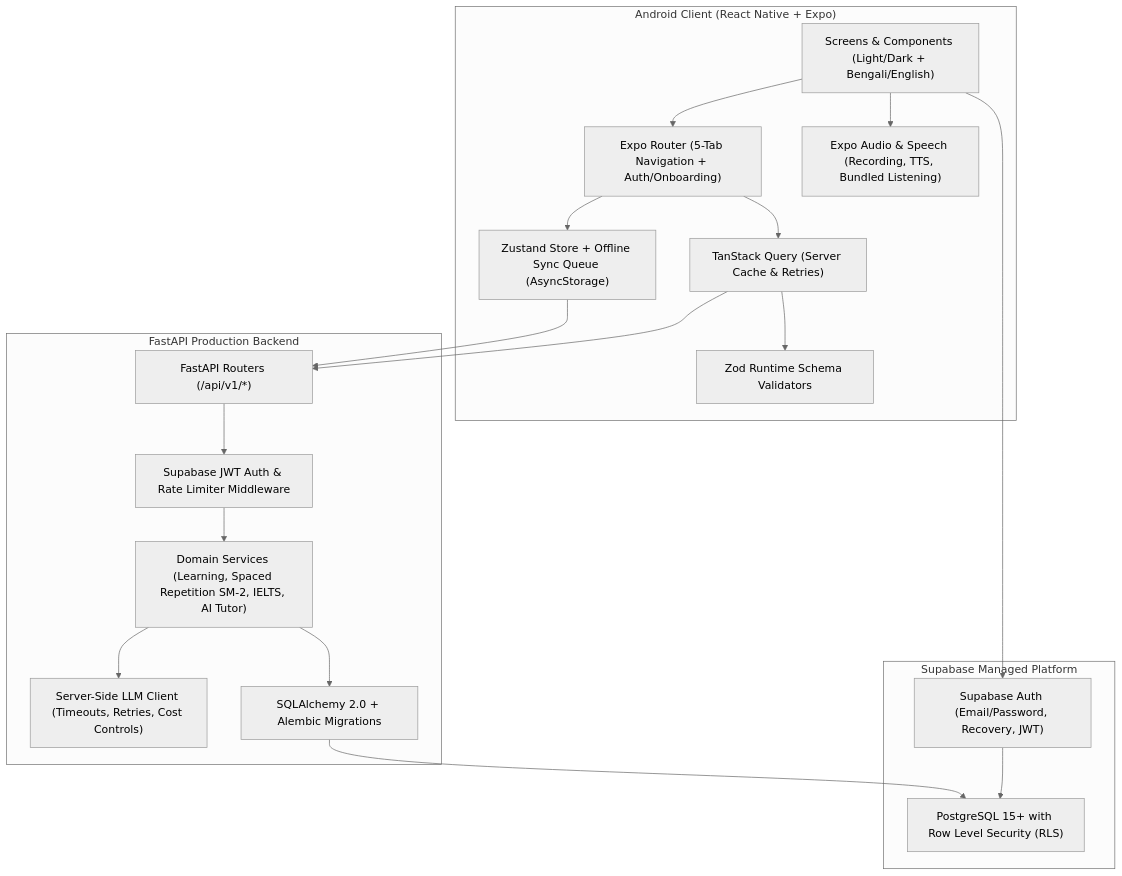
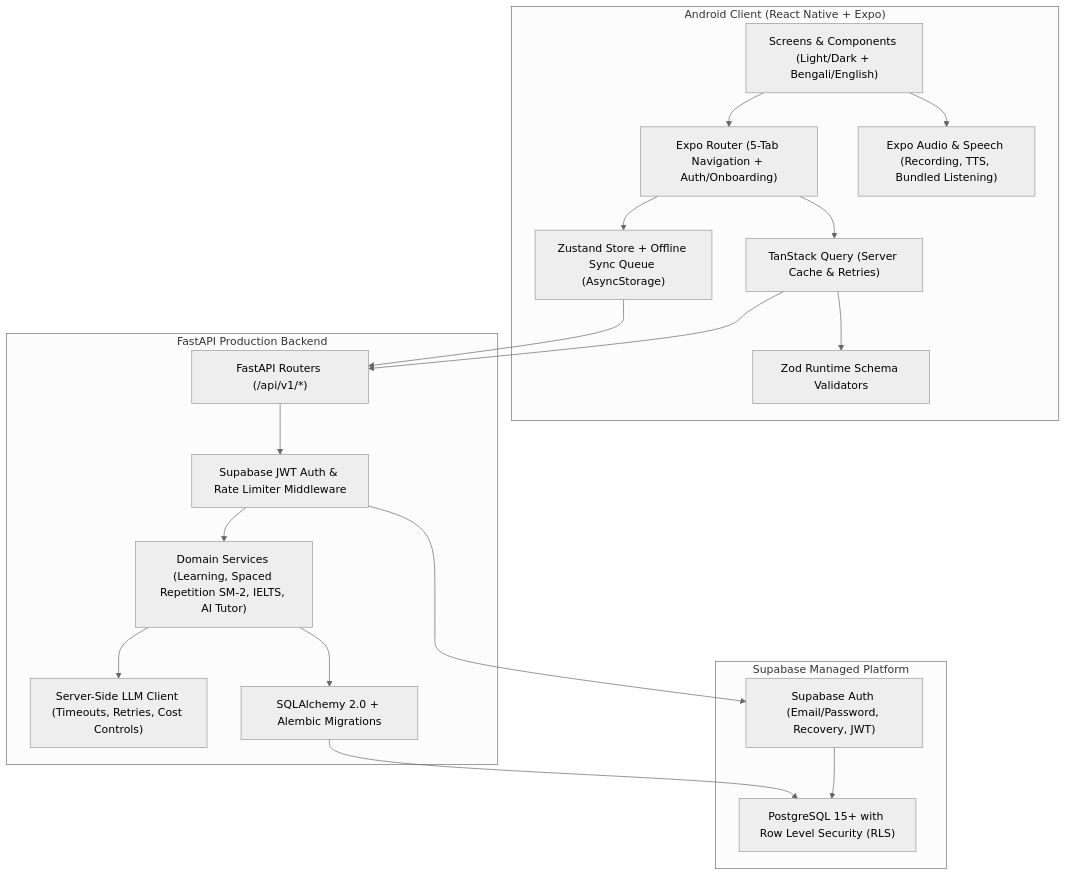
Before and after one commit to roybipro/fluentup: the first of 2 diagrams in docs/ARCHITECTURE.md, drawn with Mermaid (neutral theme). The commit also changed other lines of this file and 16 other files, not shown here.

````diff
--- a/docs/ARCHITECTURE.md
+++ b/docs/ARCHITECTURE.md
@@ -11,39 +11,39 @@
 ```mermaid
 flowchart TD
     subgraph Android["Android Client (React Native + Expo)"]
         UI["Screens & Components (Light/Dark + Bengali/English)"]
         Router["Expo Router (5-Tab Navigation + Auth/Onboarding)"]
         State["Zustand Store + Offline Sync Queue (AsyncStorage)"]
         Query["TanStack Query (Server Cache & Retries)"]
         Audio["Expo Audio & Speech (Recording, TTS, Bundled Listening)"]
         ZodClient["Zod Runtime Schema Validators"]
     end
 
     subgraph Backend["FastAPI Production Backend"]
         API["FastAPI Routers (/api/v1/*)"]
         AuthMW["Supabase JWT Auth & Rate Limiter Middleware"]
         Logic["Domain Services (Learning, Spaced Repetition SM-2, IELTS, AI Tutor)"]
         AIService["Server-Side LLM Client (Timeouts, Retries, Cost Controls)"]
         ORM["SQLAlchemy 2.0 + Alembic Migrations"]
     end
 
     subgraph Data["Supabase Managed Platform"]
         SupaAuth["Supabase Auth (Email/Password, Recovery, JWT)"]
         Postgres["PostgreSQL 15+ with Row Level Security (RLS)"]
     end
 
     UI --> Router
     Router --> State
     Router --> Query
     UI --> Audio
     Query --> ZodClient
     State --> API
     Query --> API
-    UI --> SupaAuth
+    AuthMW --> SupaAuth
     API --> AuthMW
     AuthMW --> Logic
     Logic --> AIService
     Logic --> ORM
     ORM --> Postgres
     SupaAuth --> Postgres
 ```
````
